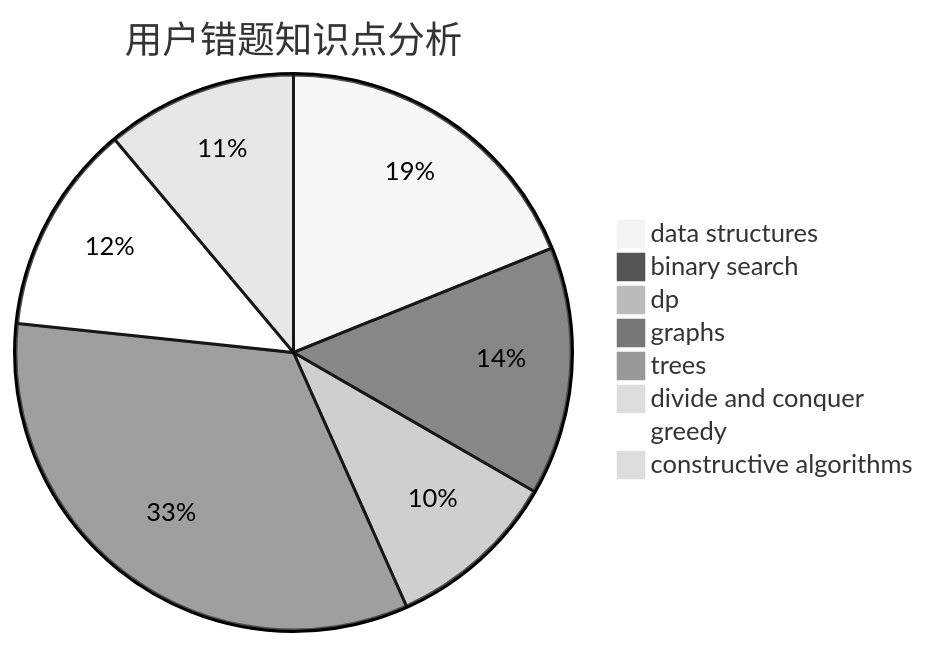
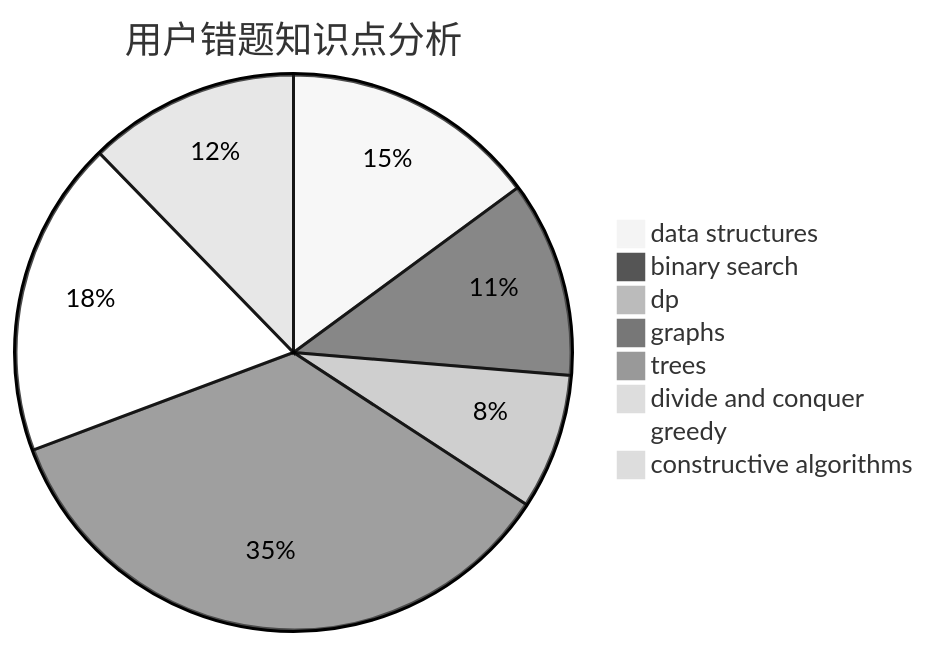
Before and after one commit to sherpahu/cfrs.github.io: the third of 3 diagrams in docs/user/u1581.md, drawn with Mermaid (neutral theme). The commit also changed other lines of this file and 2770 other files, not shown here.

````diff
--- a/docs/user/u1581.md
+++ b/docs/user/u1581.md
@@ -36,11 +36,11 @@
 ```mermaid
 pie title 用户错题知识点分析
     "data structures" :  17
     "binary search" :  13
     "dp" :  9
-    "graphs" :  30
+    "graphs" :  40
     "trees" :  0
     "divide and conquer" :  0
-    "greedy" :  11
-    "constructive algorithms" :  10
+    "greedy" :  21
+    "constructive algorithms" :  14
 ```
````
